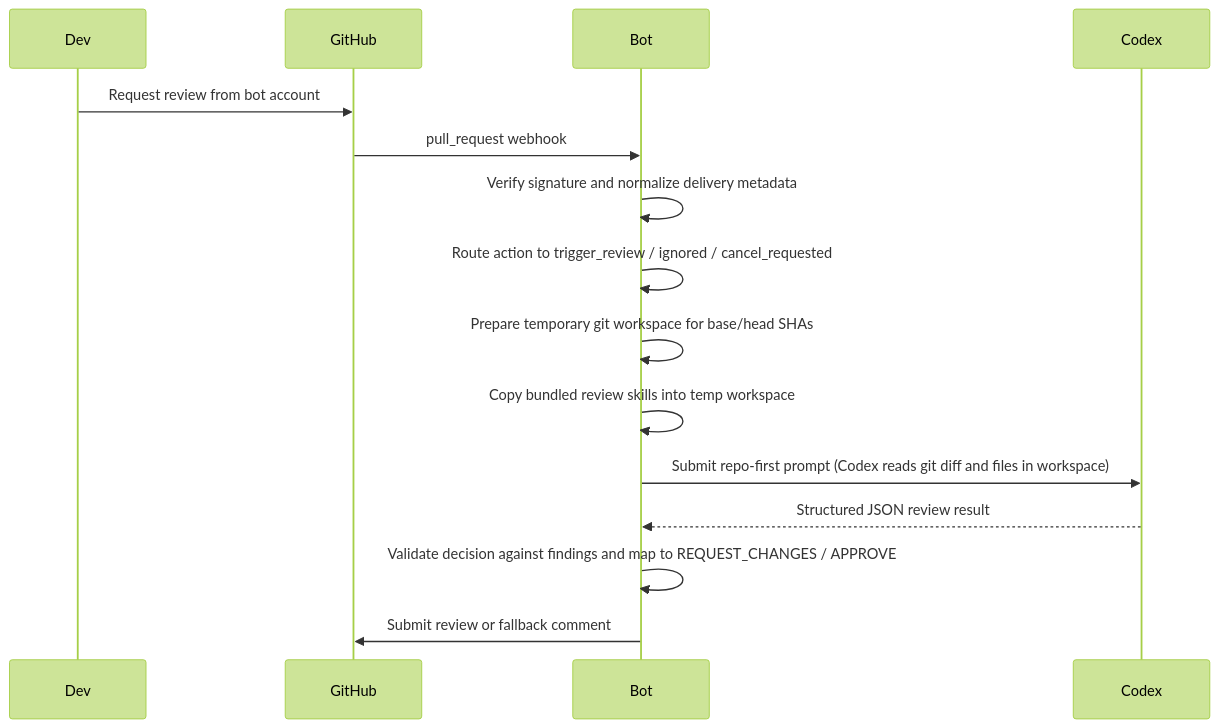
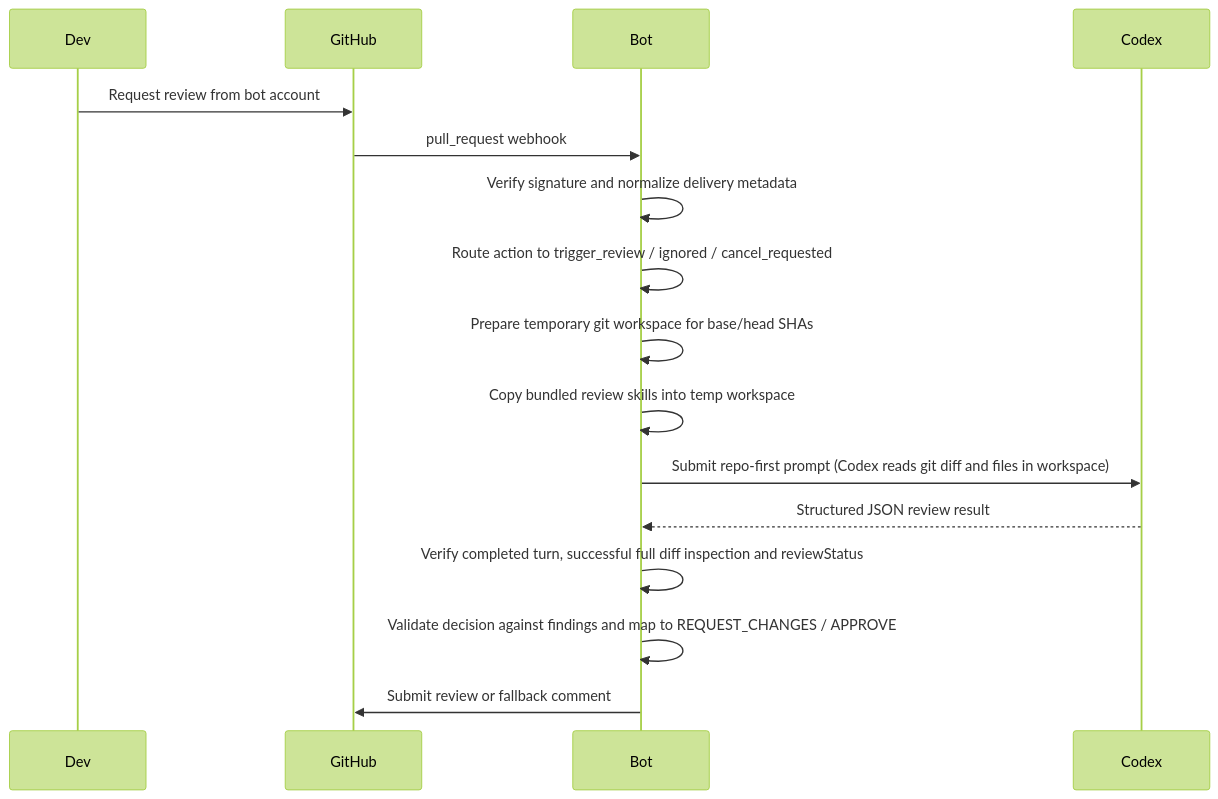
The second of 2 diagrams in docs/architecture.md (tungxuan1656/tx10-bot-gh-review), drawn with Mermaid (forest theme) before and after one commit. The commit also changed other lines of this file and 19 other files, not shown here.

````diff
--- a/docs/architecture.md
+++ b/docs/architecture.md
@@ -25,18 +25,19 @@
 ```mermaid
 sequenceDiagram
   participant Dev
   participant GitHub
   participant Bot
   participant Codex
 
   Dev->>GitHub: Request review from bot account
   GitHub->>Bot: pull_request webhook
   Bot->>Bot: Verify signature and normalize delivery metadata
   Bot->>Bot: Route action to trigger_review / ignored / cancel_requested
   Bot->>Bot: Prepare temporary git workspace for base/head SHAs
   Bot->>Bot: Copy bundled review skills into temp workspace
   Bot->>Codex: Submit repo-first prompt (Codex reads git diff and files in workspace)
   Codex-->>Bot: Structured JSON review result
+  Bot->>Bot: Verify completed turn, successful full diff inspection and reviewStatus
   Bot->>Bot: Validate decision against findings and map to REQUEST_CHANGES / APPROVE
   Bot->>GitHub: Submit review or fallback comment
 ```
````
